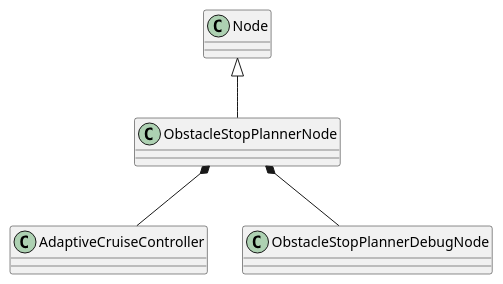
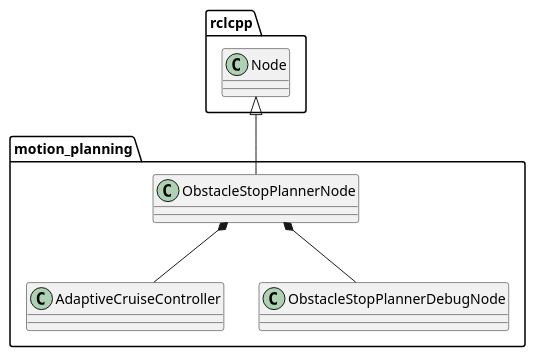
One commit to tier4/obstacle_stop_planner_refine changed the first of 2 diagrams in obstacle_stop_planner_refine/design/class_diagram.pu. Above: the diagram before and after it, drawn with PlantUML. The commit also changed other lines of this file and 3 other files, not shown here.

```diff
--- a/obstacle_stop_planner_refine/design/class_diagram.pu
+++ b/obstacle_stop_planner_refine/design/class_diagram.pu
@@ -1,7 +1,13 @@
 @startuml
 
-Node <|-- ObstacleStopPlannerNode
+namespace rclcpp {
+  class Node
+}
+
+namespace motion_planning {
+rclcpp.Node <|-- ObstacleStopPlannerNode
 ObstacleStopPlannerNode *-- AdaptiveCruiseController
 ObstacleStopPlannerNode *-- ObstacleStopPlannerDebugNode
+}
 
 @enduml
```
